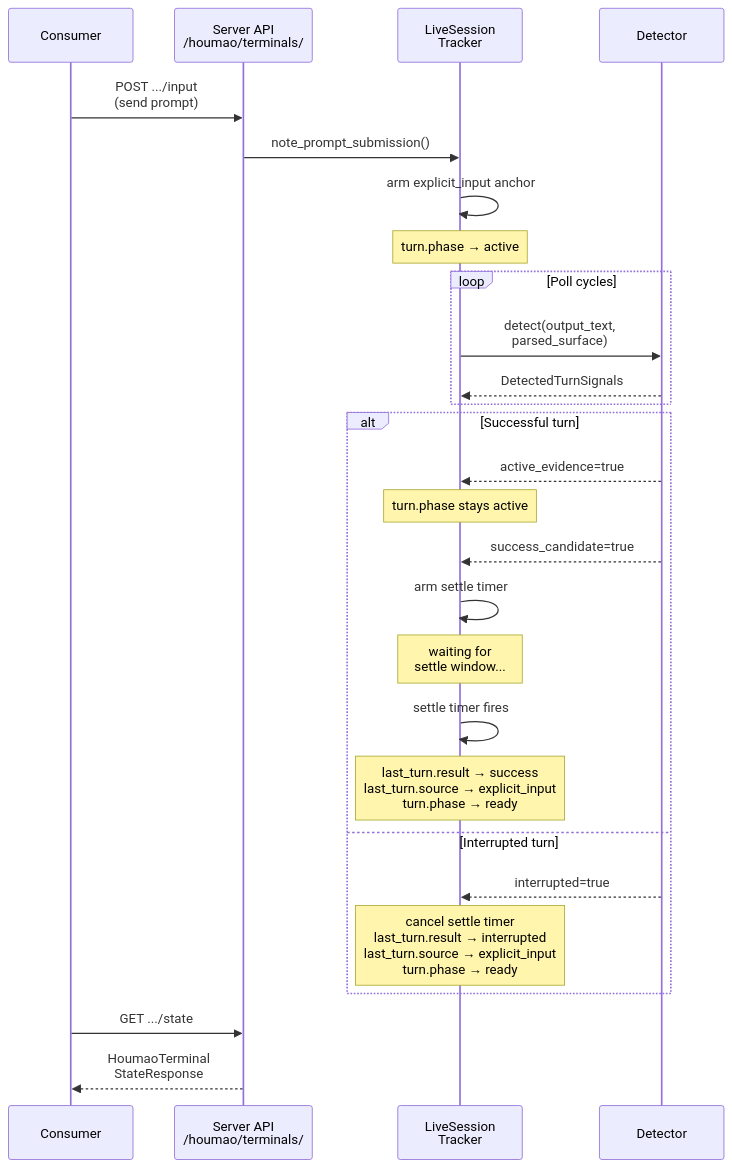
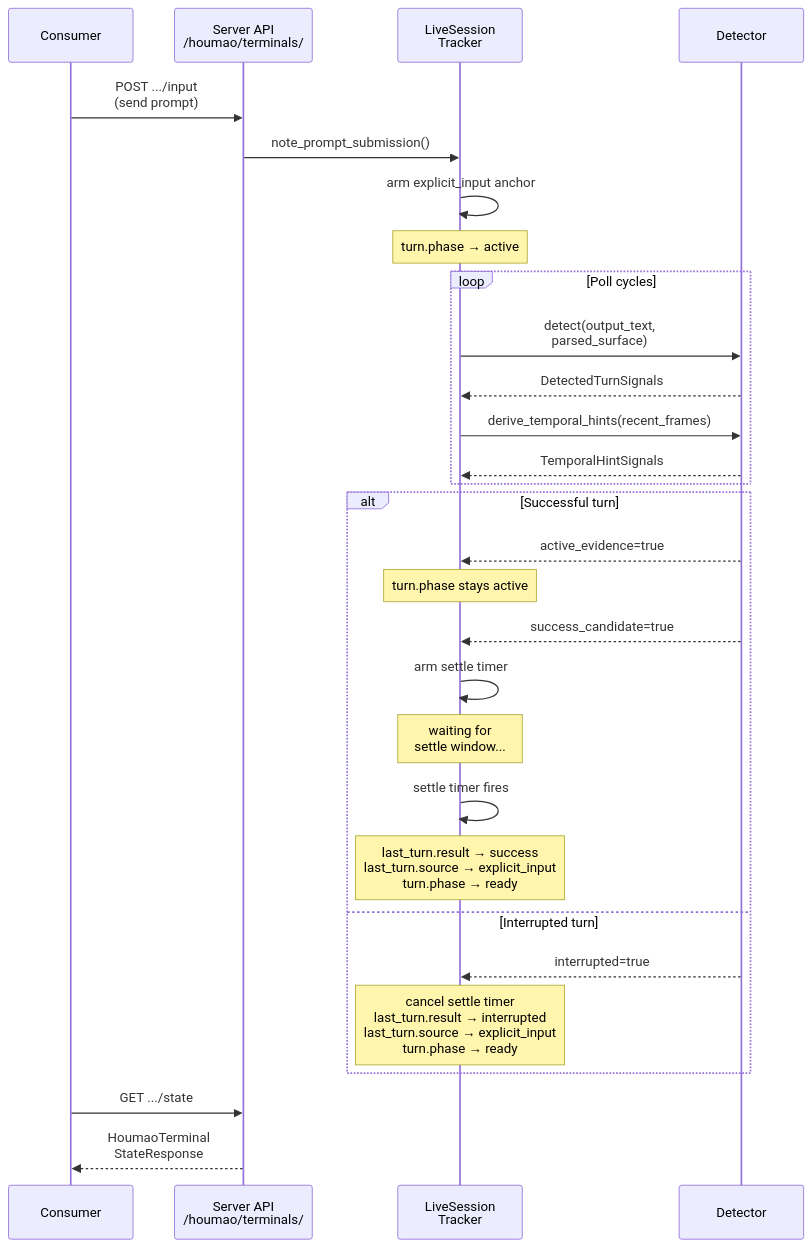
One commit to igamenovoer/houmao changed the fourth of 5 diagrams in docs/developer/houmao-server/state-transitions.md. Above: the diagram before and after it, drawn with Mermaid. The commit also changed other lines of this file and 30 other files, not shown here.

````diff
--- a/docs/developer/houmao-server/state-transitions.md
+++ b/docs/developer/houmao-server/state-transitions.md
@@ -101,33 +101,35 @@
 ```mermaid
 sequenceDiagram
     participant C as Consumer
     participant S as Server API<br/>/houmao/terminals/
     participant T as LiveSession<br/>Tracker
     participant D as Detector
 
     C->>S: POST .../input<br/>(send prompt)
     S->>T: note_prompt_submission()
     T->>T: arm explicit_input anchor
     Note over T: turn.phase → active
 
     loop Poll cycles
         T->>D: detect(output_text,<br/>parsed_surface)
         D-->>T: DetectedTurnSignals
+        T->>D: derive_temporal_hints(recent_frames)
+        D-->>T: TemporalHintSignals
     end
 
     alt Successful turn
         D-->>T: active_evidence=true
         Note over T: turn.phase stays active
         D-->>T: success_candidate=true
         T->>T: arm settle timer
         Note over T: waiting for<br/>settle window...
         T->>T: settle timer fires
         Note over T: last_turn.result → success<br/>last_turn.source → explicit_input<br/>turn.phase → ready
     else Interrupted turn
         D-->>T: interrupted=true
         Note over T: cancel settle timer<br/>last_turn.result → interrupted<br/>last_turn.source → explicit_input<br/>turn.phase → ready
     end
 
     C->>S: GET .../state
     S-->>C: HoumaoTerminal<br/>StateResponse
 ```
````
